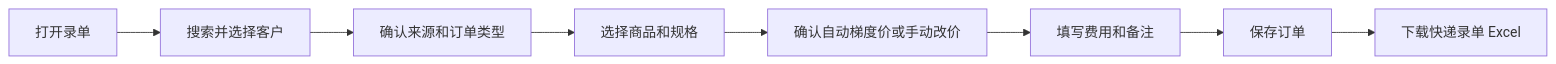
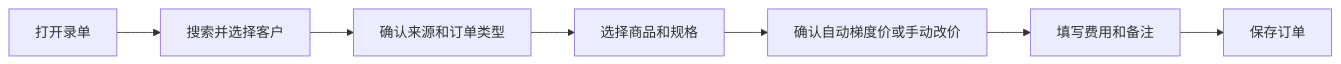
One commit to Backstage2539/KFerp changed the diagram in orderapp-remote/docs/order-entry-user-manual.md. Above: the diagram before and after it, drawn with Mermaid. The commit also changed other lines of this file and 15 other files, not shown here.

````diff
--- a/orderapp-remote/docs/order-entry-user-manual.md
+++ b/orderapp-remote/docs/order-entry-user-manual.md
@@ -5,10 +5,9 @@
 ```mermaid
 flowchart LR
   A[打开录单] --> B[搜索并选择客户]
   B --> C[确认来源和订单类型]
   C --> D[选择商品和规格]
   D --> E[确认自动梯度价或手动改价]
   E --> F[填写费用和备注]
   F --> G[保存订单]
-  G --> H[下载快递录单 Excel]
 ```
````
